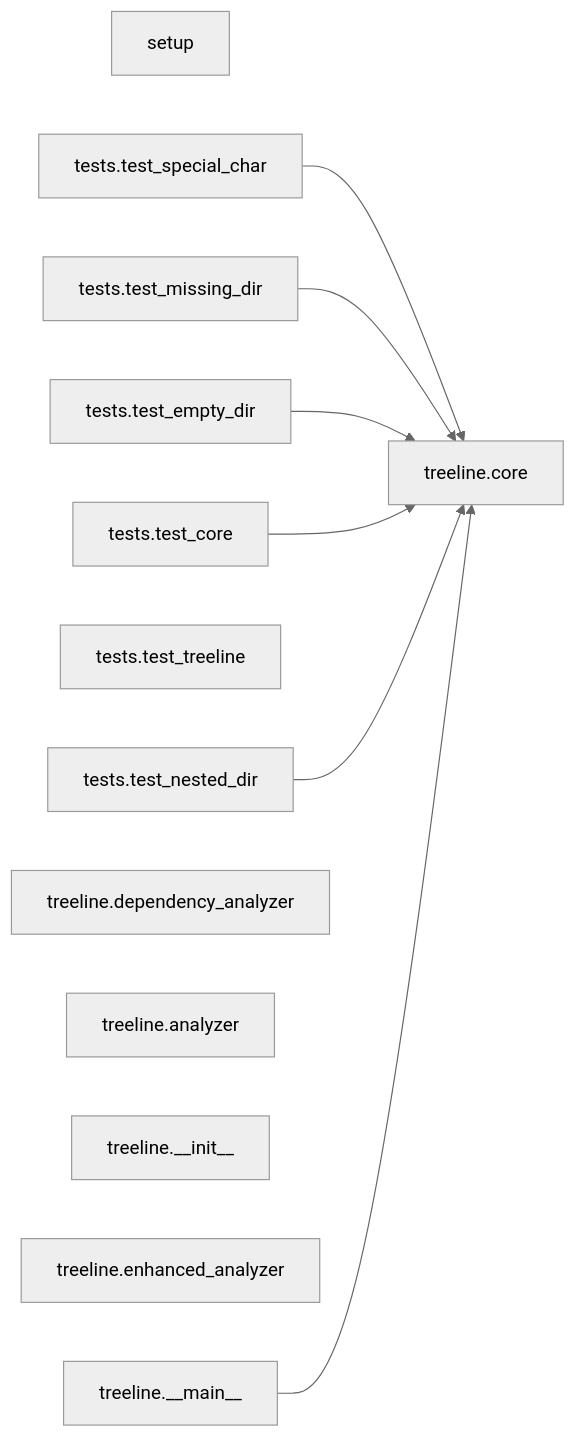
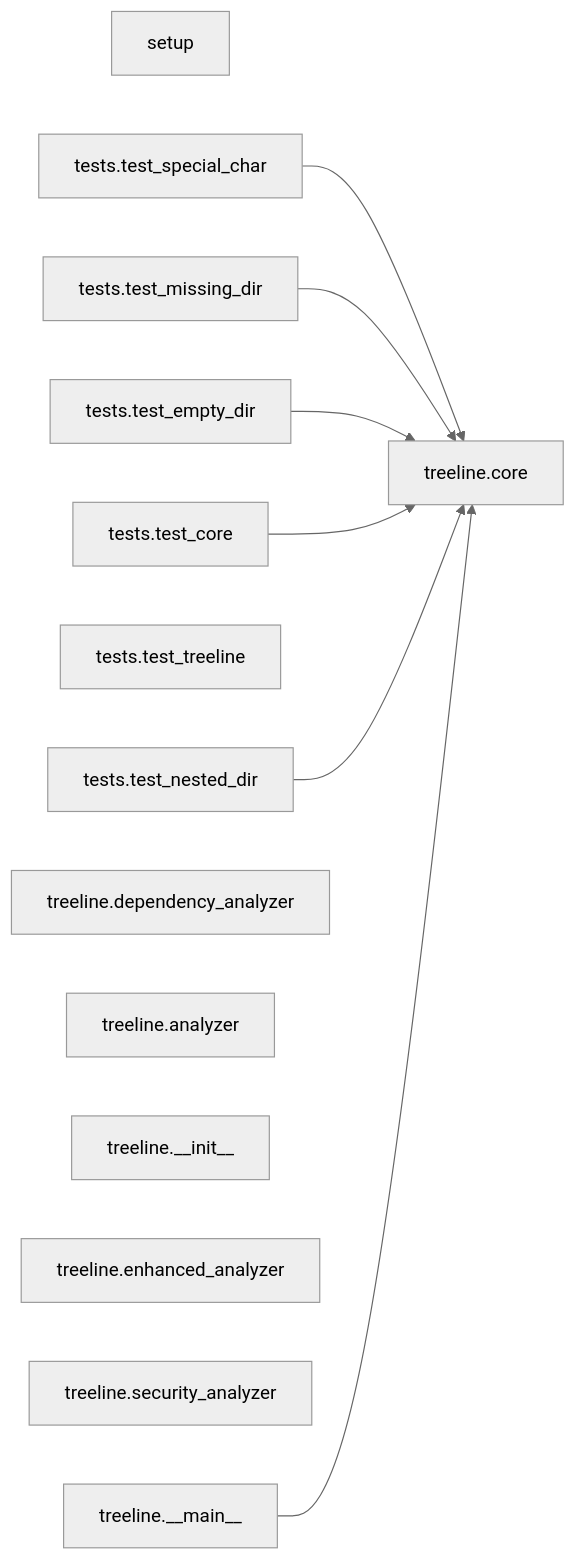
The diagram in tree.md (duriantaco/treeline), drawn with Mermaid before and after one commit. The commit also changed other lines of this file and 5 other files, not shown here.

````diff
--- a/tree.md
+++ b/tree.md
@@ -201,23 +374,24 @@
 ```mermaid
 %%{init: {'theme': 'neutral', 'flowchart': {'curve': 'basis'} }}%%
 graph LR
     setup["setup"]
     tests_test_special_char["tests.test_special_char"]
     tests_test_missing_dir["tests.test_missing_dir"]
     tests_test_empty_dir["tests.test_empty_dir"]
     tests_test_core["tests.test_core"]
     tests_test_treeline["tests.test_treeline"]
     tests_test_nested_dir["tests.test_nested_dir"]
     treeline_dependency_analyzer["treeline.dependency_analyzer"]
     treeline_analyzer["treeline.analyzer"]
     treeline___init__["treeline.__init__"]
     treeline_enhanced_analyzer["treeline.enhanced_analyzer"]
     treeline_core["treeline.core"]
+    treeline_security_analyzer["treeline.security_analyzer"]
     treeline___main__["treeline.__main__"]
     tests_test_special_char --> treeline_core
     tests_test_missing_dir --> treeline_core
     tests_test_empty_dir --> treeline_core
     tests_test_core --> treeline_core
     tests_test_nested_dir --> treeline_core
     treeline___main__ --> treeline_core
 ```
````
